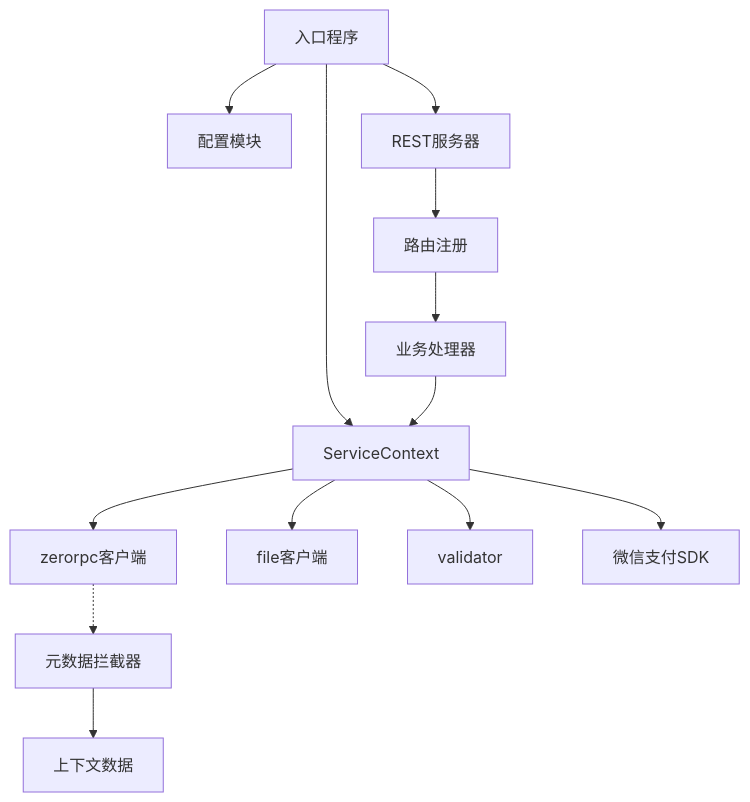
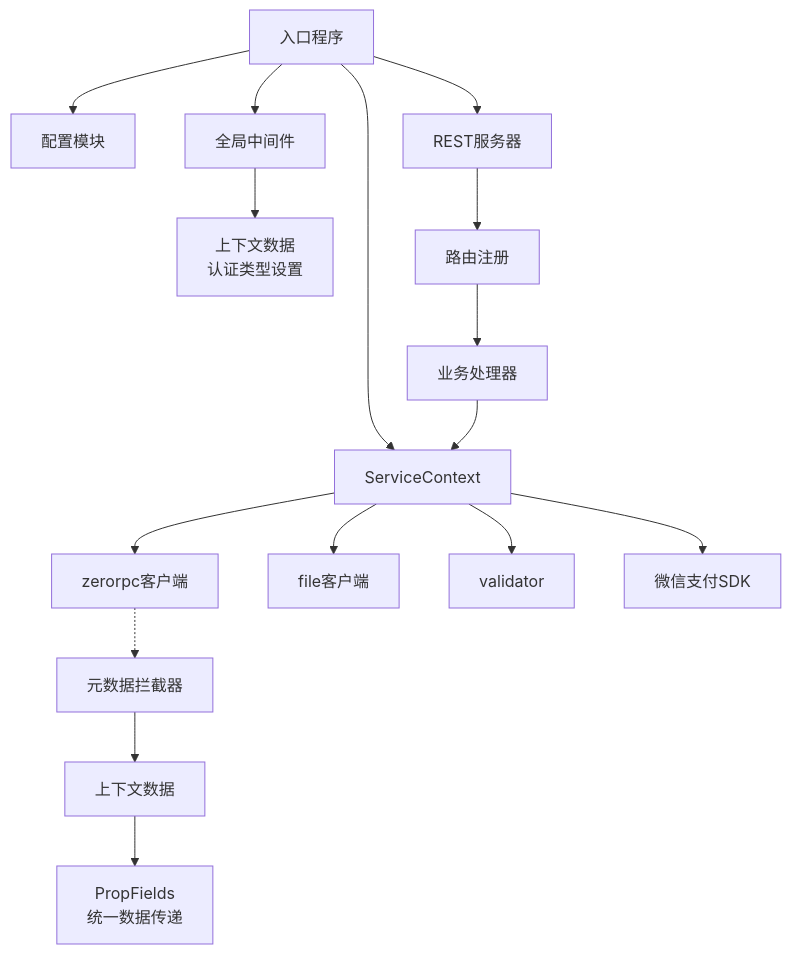
One commit to maomao94/zero-service changed the ninth of 9 diagrams in .qoder/repowiki/zh/content/网关与接口/BFF网关/网关架构设计.md. Above: the diagram before and after it, drawn with Mermaid. The commit also changed other lines of this file and 7 other files, not shown here.

````diff
--- a/.qoder/repowiki/zh/content/网关与接口/BFF网关/网关架构设计.md
+++ b/.qoder/repowiki/zh/content/网关与接口/BFF网关/网关架构设计.md
@@ -253,15 +337,18 @@
 ```mermaid
 graph TB
 Main["入口程序"] --> Cfg["配置模块"]
 Main --> Srv["REST服务器"]
+Main --> GlobalMW["全局中间件"]
+GlobalMW --> CtxData["上下文数据<br/>认证类型设置"]
 Main --> Ctx["ServiceContext"]
 Ctx --> ZC["zerorpc客户端"]
 Ctx --> FC["file客户端"]
 Ctx --> V["validator"]
 Ctx --> WX["微信支付SDK"]
 Srv --> R["路由注册"]
 R --> H["业务处理器"]
 H --> Ctx
 ZC -.-> MI["元数据拦截器"]
 MI --> CD["上下文数据"]
+CD --> PropFields["PropFields<br/>统一数据传递"]
 ```
````
